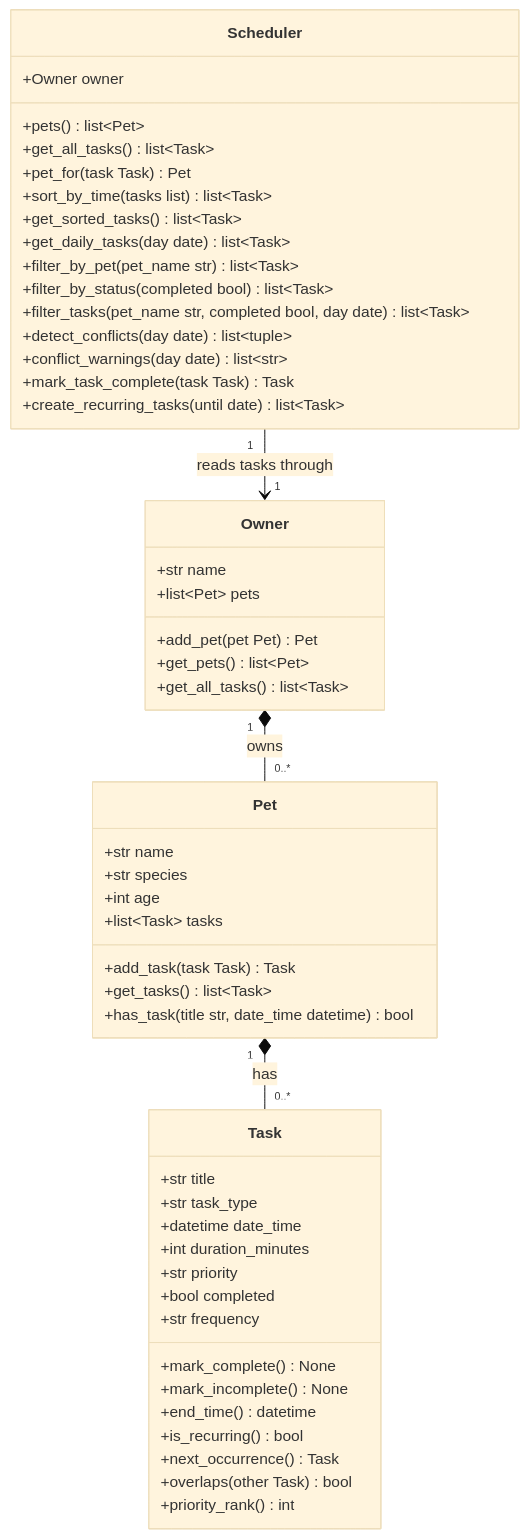
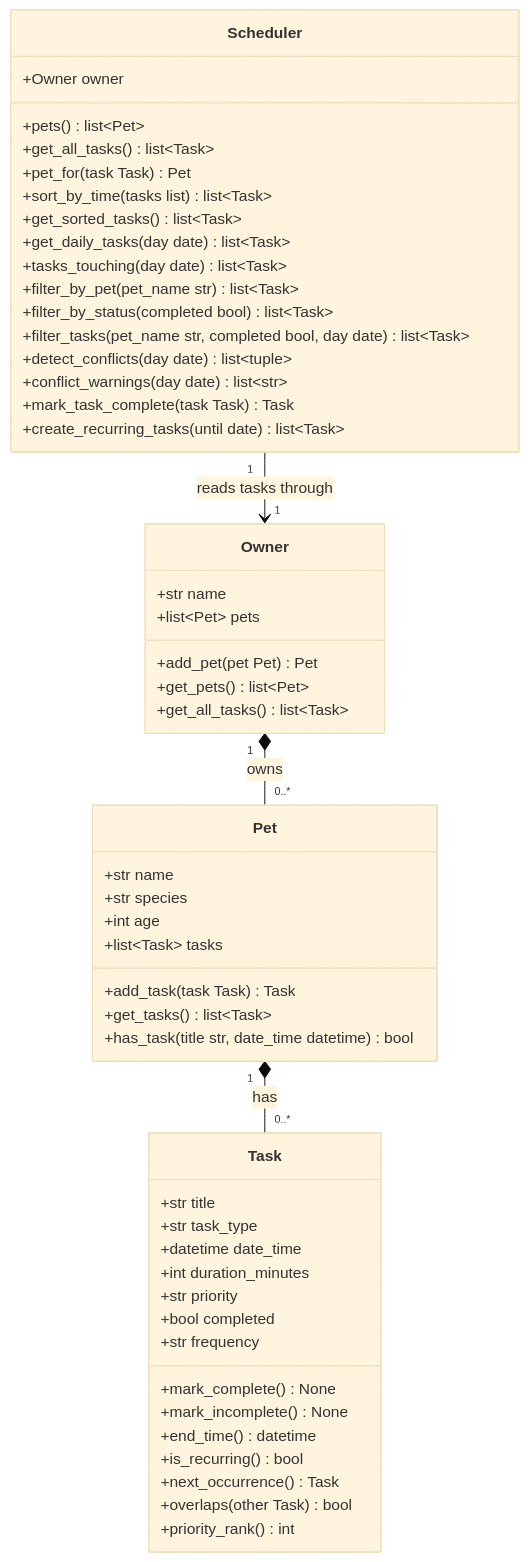
One commit to michaelamoarthur29/ai110-module2show-pawpal-starter changed the diagram in diagrams/uml.mmd. Above: the diagram before and after it, drawn with Mermaid (base theme). The commit also changed 3 other files, not shown here.

```diff
--- a/diagrams/uml.mmd
+++ b/diagrams/uml.mmd
@@ -1,60 +1,61 @@
 classDiagram
     %% PawPal+ — matches the implementation in pawpal_system.py
 
     class Owner {
         +str name
         +list~Pet~ pets
         +add_pet(pet Pet) Pet
         +get_pets() list~Pet~
         +get_all_tasks() list~Task~
     }
 
     class Pet {
         +str name
         +str species
         +int age
         +list~Task~ tasks
         +add_task(task Task) Task
         +get_tasks() list~Task~
         +has_task(title str, date_time datetime) bool
     }
 
     %% Task.priority: "high" | "medium" | "low"
     %% Task.frequency: "none" | "daily" | "weekly"
     class Task {
         +str title
         +str task_type
         +datetime date_time
         +int duration_minutes
         +str priority
         +bool completed
         +str frequency
         +mark_complete() None
         +mark_incomplete() None
         +end_time() datetime
         +is_recurring() bool
         +next_occurrence() Task
         +overlaps(other Task) bool
         +priority_rank() int
     }
 
     class Scheduler {
         +Owner owner
         +pets() list~Pet~
         +get_all_tasks() list~Task~
         +pet_for(task Task) Pet
         +sort_by_time(tasks list) list~Task~
         +get_sorted_tasks() list~Task~
         +get_daily_tasks(day date) list~Task~
+        +tasks_touching(day date) list~Task~
         +filter_by_pet(pet_name str) list~Task~
         +filter_by_status(completed bool) list~Task~
         +filter_tasks(pet_name str, completed bool, day date) list~Task~
         +detect_conflicts(day date) list~tuple~
         +conflict_warnings(day date) list~str~
         +mark_task_complete(task Task) Task
         +create_recurring_tasks(until date) list~Task~
     }
 
     Owner "1" *-- "0..*" Pet : owns
     Pet "1" *-- "0..*" Task : has
     Scheduler "1" --> "1" Owner : reads tasks through
```
